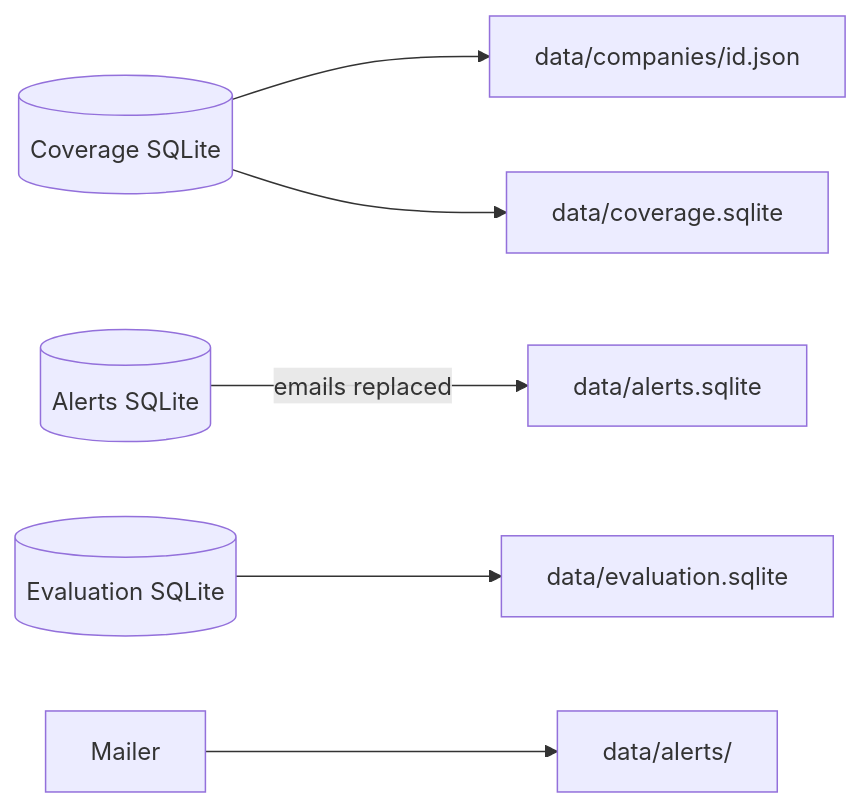
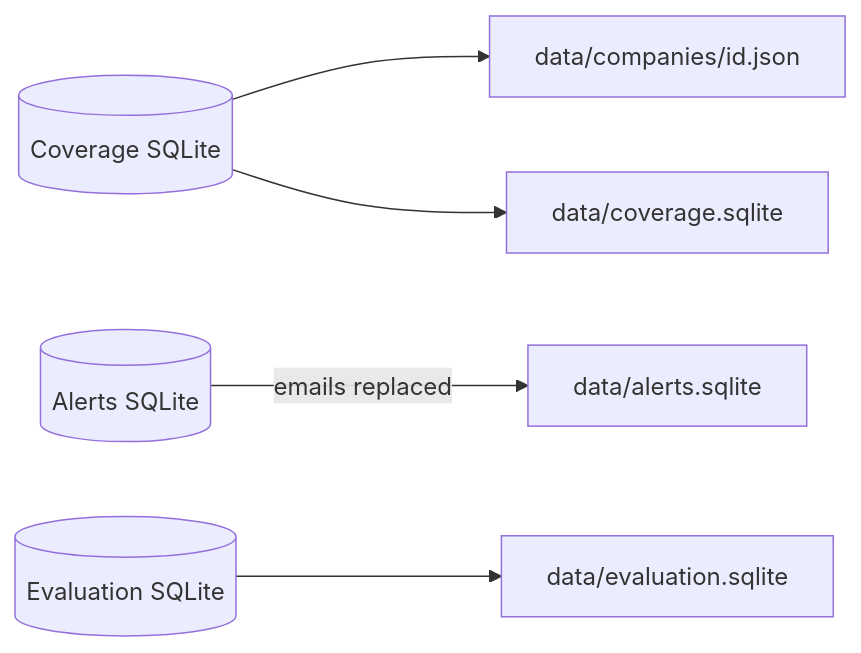
Before and after one commit to itayavtalyon/press-mentions: the eighth of 8 diagrams in docs/ARCHITECTURE.md, drawn with Mermaid. The commit also changed other lines of this file and 374 other files, not shown here.

````diff
--- a/docs/ARCHITECTURE.md
+++ b/docs/ARCHITECTURE.md
@@ -243,17 +263,14 @@
 ```mermaid
 flowchart LR
   coverage[(Coverage SQLite)]
   alerts[(Alerts SQLite)]
   evaluation[(Evaluation SQLite)]
   json[data/companies/id.json]
   covCopy[data/coverage.sqlite]
   alertsCopy[data/alerts.sqlite]
   evalCopy[data/evaluation.sqlite]
-  mail[Mailer]
-  alertFiles[data/alerts/]
   coverage --> json
   coverage --> covCopy
   alerts -->|emails replaced| alertsCopy
   evaluation --> evalCopy
-  mail --> alertFiles
 ```
````
